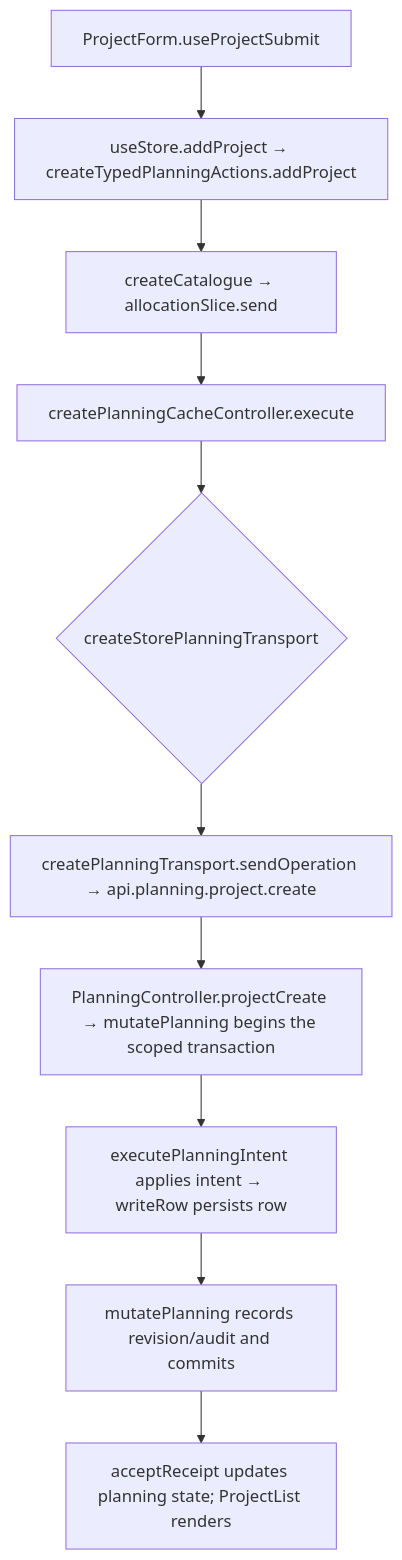
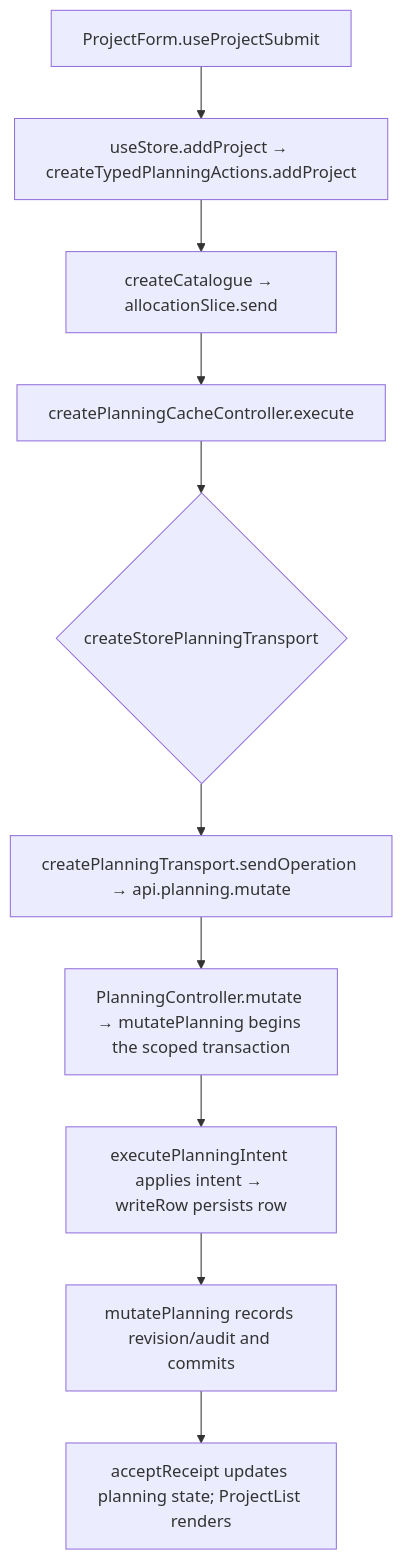
Before and after one commit to Kevinjohn/capacitylens: the second of 2 diagrams in user-stories/projects/US-PRJ-01-add-project.md, drawn with Mermaid. The commit also changed 115 other files, not shown here.

````diff
--- a/user-stories/projects/US-PRJ-01-add-project.md
+++ b/user-stories/projects/US-PRJ-01-add-project.md
@@ -37,8 +37,8 @@
 ```mermaid
 flowchart TD
   A["ProjectForm.useProjectSubmit"] --> B["useStore.addProject → createTypedPlanningActions.addProject"]
   B --> C["createCatalogue → allocationSlice.send"]
   C --> D["createPlanningCacheController.execute"] --> E{"createStorePlanningTransport"}
-  E --> F["createPlanningTransport.sendOperation → api.planning.project.create"] --> G["PlanningController.projectCreate → mutatePlanning begins the scoped transaction"]
+  E --> F["createPlanningTransport.sendOperation → api.planning.mutate"] --> G["PlanningController.mutate → mutatePlanning begins the scoped transaction"]
   G --> H["executePlanningIntent applies intent → writeRow persists row"] --> K["mutatePlanning records revision/audit and commits"] --> J["acceptReceipt updates planning state; ProjectList renders"]
 ```
````
